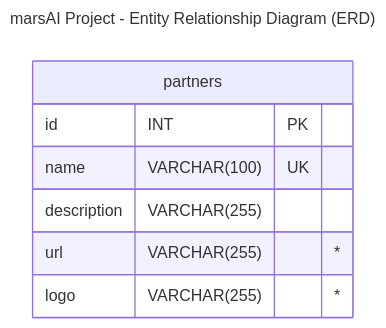
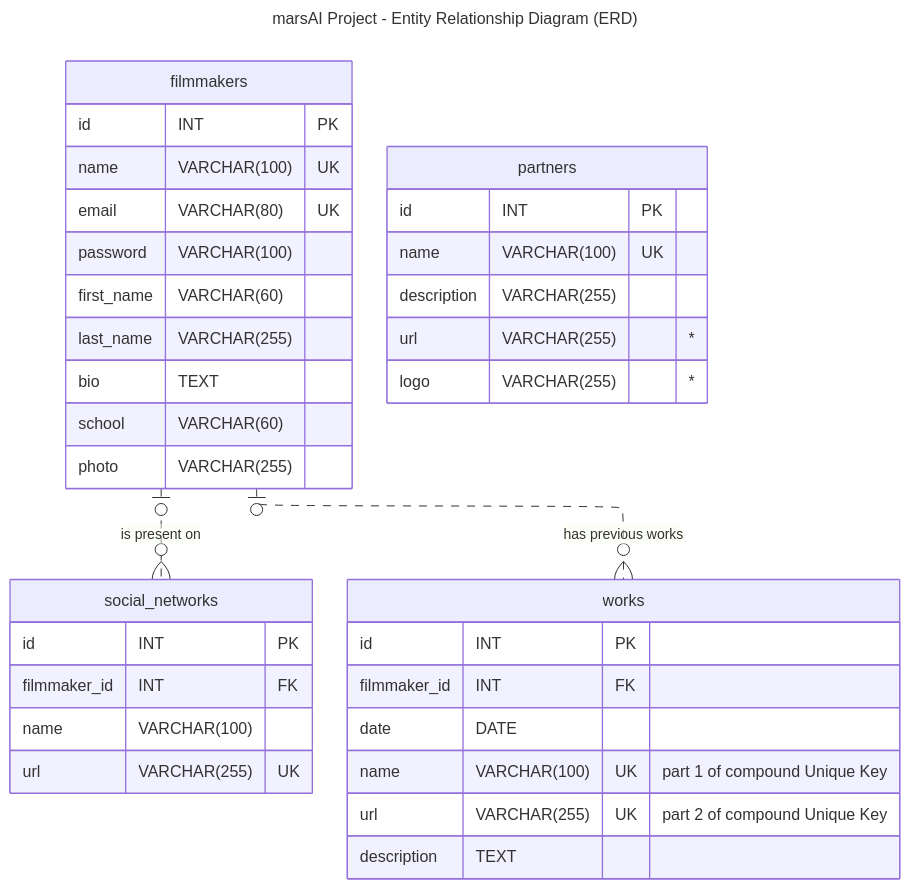
One commit to ebouchut/mars-ai-project changed the first of 2 diagrams in README.md. Above: the diagram before and after it, drawn with Mermaid. The commit also changed other lines of this file, not shown here.

Commit message:
docs(README): Add entities to ERD diagram
filmmakers (Réalisateur), works (Oeuvres), social_networks (Réseaux sociaux)

````diff
--- a/README.md
+++ b/README.md
@@ -133,15 +134,43 @@
 ```mermaid
 ---
 title: marsAI Project - Entity Relationship Diagram (ERD)
 config:
     layout: elk
 ---
 erDiagram
+    filmmakers {
+        id            INT           PK
+        name          VARCHAR(100)  UK
+        email         VARCHAR(80)   UK
+        password      VARCHAR(100)
+        first_name    VARCHAR(60)
+        last_name     VARCHAR(255)
+        bio           TEXT
+        school        VARCHAR(60)
+        photo         VARCHAR(255)
+    }
+    social_networks {
+        id            INT           PK
+        filmmaker_id  INT           FK
+        name          VARCHAR(100)
+        url           VARCHAR(255)  UK
+    }
+    works {
+        id            INT           PK
+        filmmaker_id  INT           FK
+        date          DATE
+        name          VARCHAR(100)  UK "part 1 of compound Unique Key"
+        url           VARCHAR(255)  UK "part 2 of compound Unique Key"
+        description   TEXT
+    }
     partners {
         id            INT           PK
         name          VARCHAR(100)  UK
         description   VARCHAR(255)
         url           VARCHAR(255) "*"
         logo          VARCHAR(255) "*"
     }
+
+    filmmakers |o ..o{ social_networks : "is present on"
+    filmmakers |o ..o{ works           : "has previous works"
 ```
````
